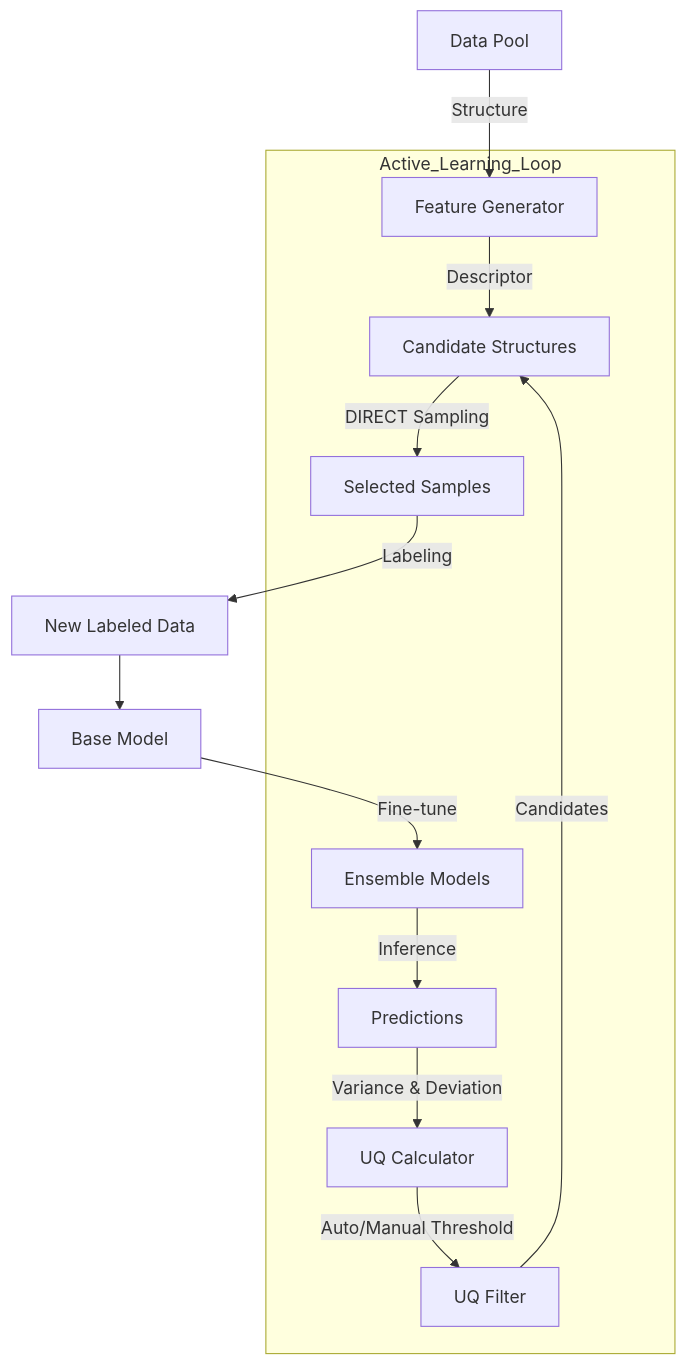
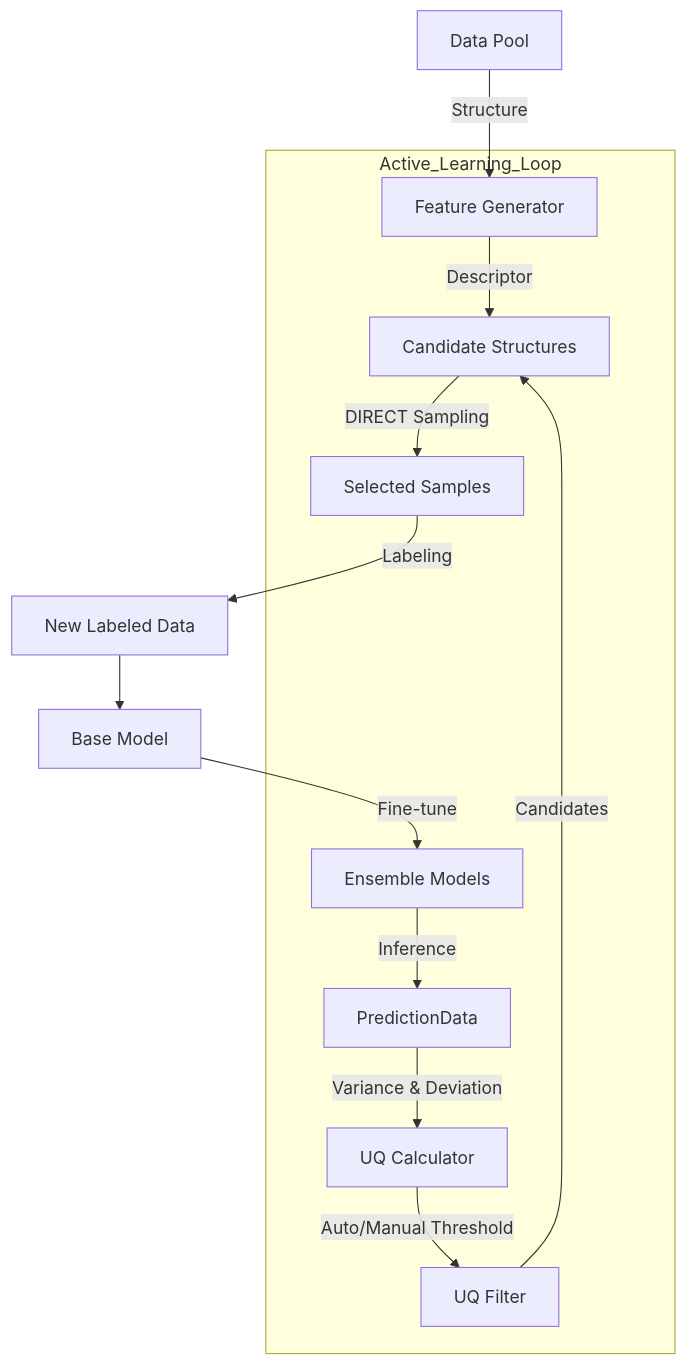
The diagram in .trae/documents/DP-EVA_Project_Developer_Guide.md (QuantumMisaka/dpeva), drawn with Mermaid before and after one commit. The commit also changed other lines of this file and 33 other files, not shown here.

````diff
--- a/.trae/documents/DP-EVA_Project_Developer_Guide.md
+++ b/.trae/documents/DP-EVA_Project_Developer_Guide.md
@@ -53,18 +54,18 @@
 ```mermaid
 graph TD
     DataPool[Data Pool] -->|Structure| Feature[Feature Generator]
     BaseModel[Base Model] -->|Fine-tune| Ensemble[Ensemble Models]
     
     subgraph Active_Learning_Loop
-        Ensemble -->|Inference| Preds[Predictions]
+        Ensemble -->|Inference| Preds[PredictionData]
         Preds -->|Variance & Deviation| UQ[UQ Calculator]
         UQ -->|Auto/Manual Threshold| Filter[UQ Filter]
         Filter -->|Candidates| Candidates[Candidate Structures]
         
         Feature -->|Descriptor| Candidates
         Candidates -->|DIRECT Sampling| Selected[Selected Samples]
     end
     
     Selected -->|Labeling| LabeledData[New Labeled Data]
     LabeledData --> BaseModel
 ```
````
